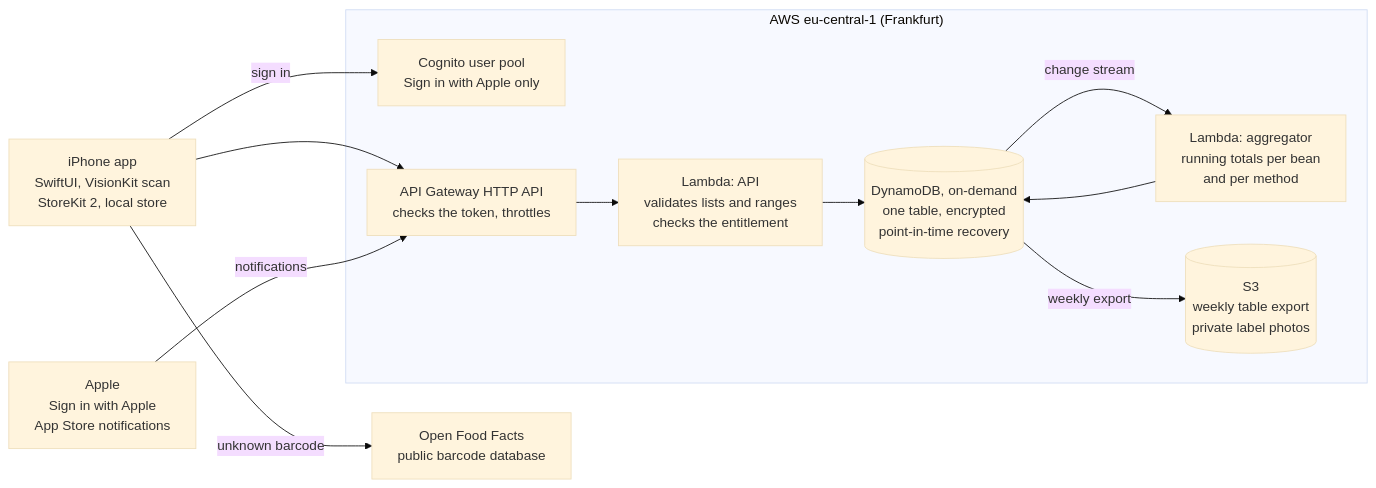
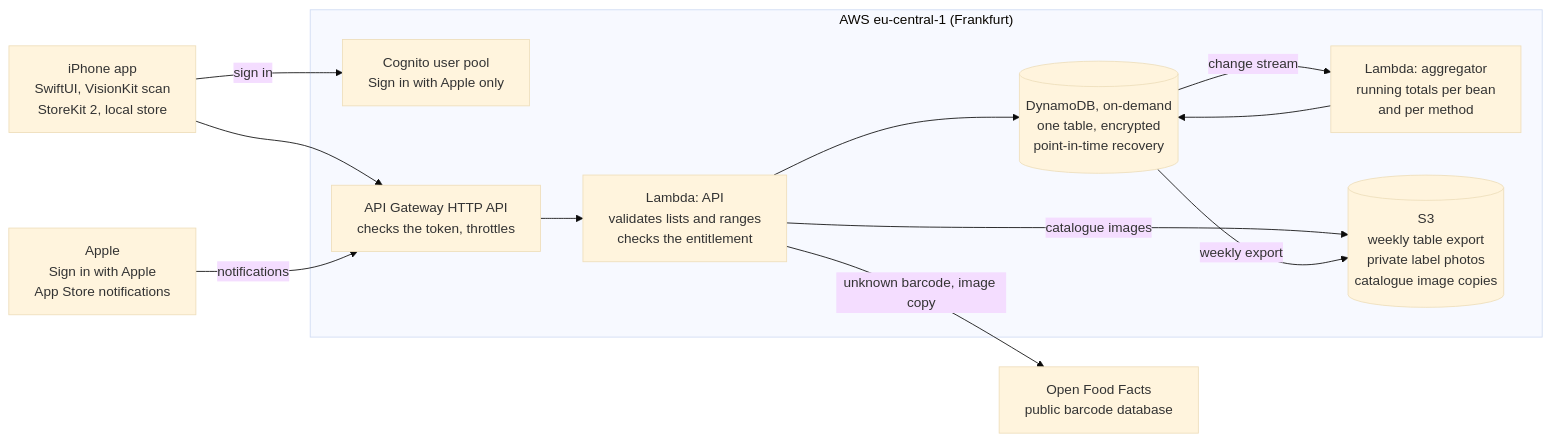
One commit to UrsSchweigert/TheTasteOfCoffee changed the diagram in docs/05-system-design.md. Above: the diagram before and after it, drawn with Mermaid (base theme). The commit also changed other lines of this file and 7 other files, not shown here.

````diff
--- a/docs/05-system-design.md
+++ b/docs/05-system-design.md
@@ -5,25 +5,26 @@
 ```mermaid
 flowchart LR
   app["iPhone app<br/>SwiftUI, VisionKit scan<br/>StoreKit 2, local store"]
   off["Open Food Facts<br/>public barcode database"]
   apple["Apple<br/>Sign in with Apple<br/>App Store notifications"]
 
   subgraph aws["AWS eu-central-1 (Frankfurt)"]
     cognito["Cognito user pool<br/>Sign in with Apple only"]
     gw["API Gateway HTTP API<br/>checks the token, throttles"]
     api["Lambda: API<br/>validates lists and ranges<br/>checks the entitlement"]
     ddb[("DynamoDB, on-demand<br/>one table, encrypted<br/>point-in-time recovery")]
     agg["Lambda: aggregator<br/>running totals per bean<br/>and per method"]
-    s3[("S3<br/>weekly table export<br/>private label photos")]
+    s3[("S3<br/>weekly table export<br/>private label photos<br/>catalogue image copies")]
   end
 
   app -- sign in --> cognito
   app --> gw
-  app -- unknown barcode --> off
   apple -- notifications --> gw
   gw --> api
   api --> ddb
+  api -- unknown barcode, image copy --> off
+  api -- catalogue images --> s3
   ddb -- change stream --> agg
   agg --> ddb
   ddb -- weekly export --> s3
 ```
````
